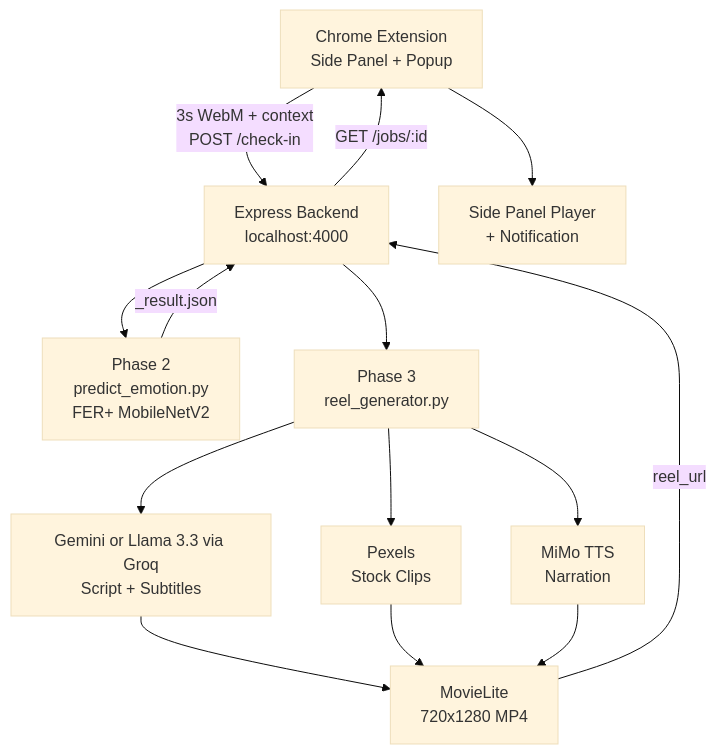
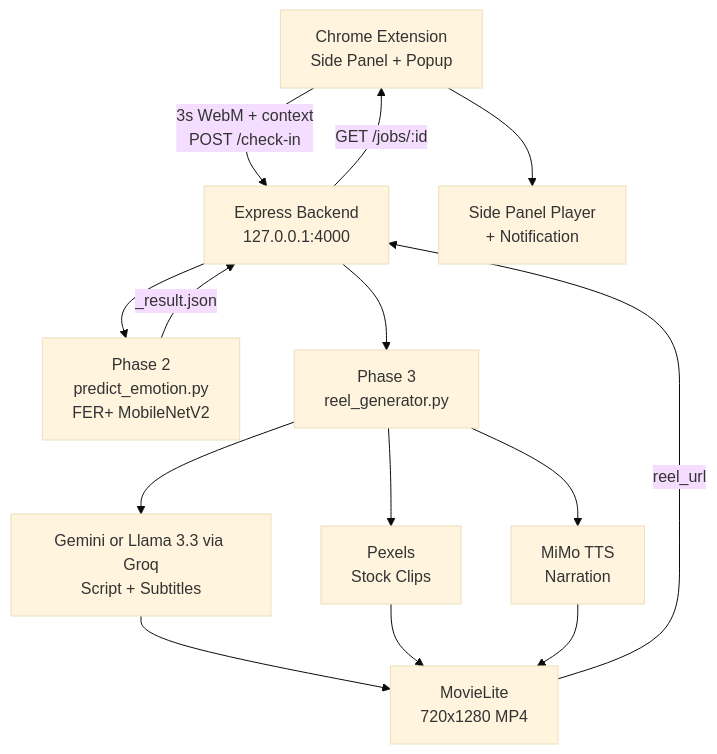
One commit to mindstream-org/mind-stream changed the diagram in README.md. Above: the diagram before and after it, drawn with Mermaid (base theme). The commit also changed other lines of this file, not shown here.

````diff
--- a/README.md
+++ b/README.md
@@ -19,14 +28,14 @@
 ```mermaid
 flowchart TD
-    A[Chrome Extension\nSide Panel + Popup] -->|3s WebM + context\nPOST /check-in| B[Express Backend\nlocalhost:4000]
+    A[Chrome Extension\nSide Panel + Popup] -->|3s WebM + context\nPOST /check-in| B[Express Backend\n127.0.0.1:4000]
     B --> C[Phase 2\npredict_emotion.py\nFER+ MobileNetV2]
     C -->|_result.json| B
     B --> D[Phase 3\nreel_generator.py]
     D --> E[Gemini or Llama 3.3 via Groq\nScript + Subtitles]
     D --> F[Pexels\nStock Clips]
     D --> G[MiMo TTS\nNarration]
     E & F & G --> H[MovieLite\n720x1280 MP4]
     H -->|reel_url| B
     B -->|GET /jobs/:id| A
     A --> I[Side Panel Player\n+ Notification]
 ```
````
